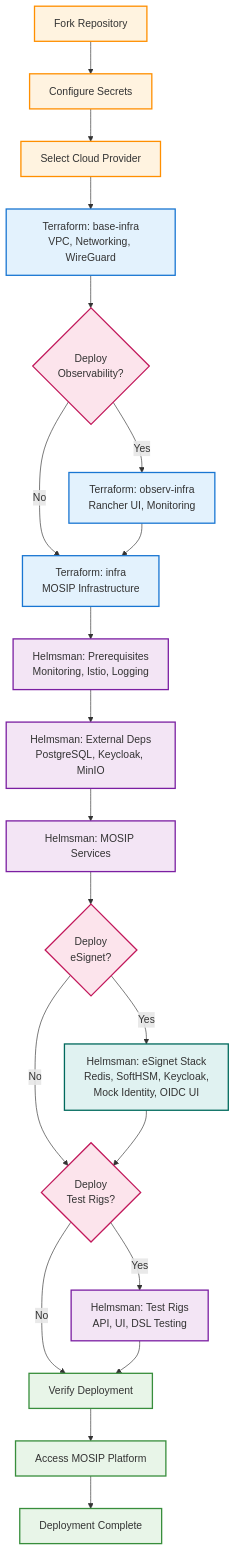
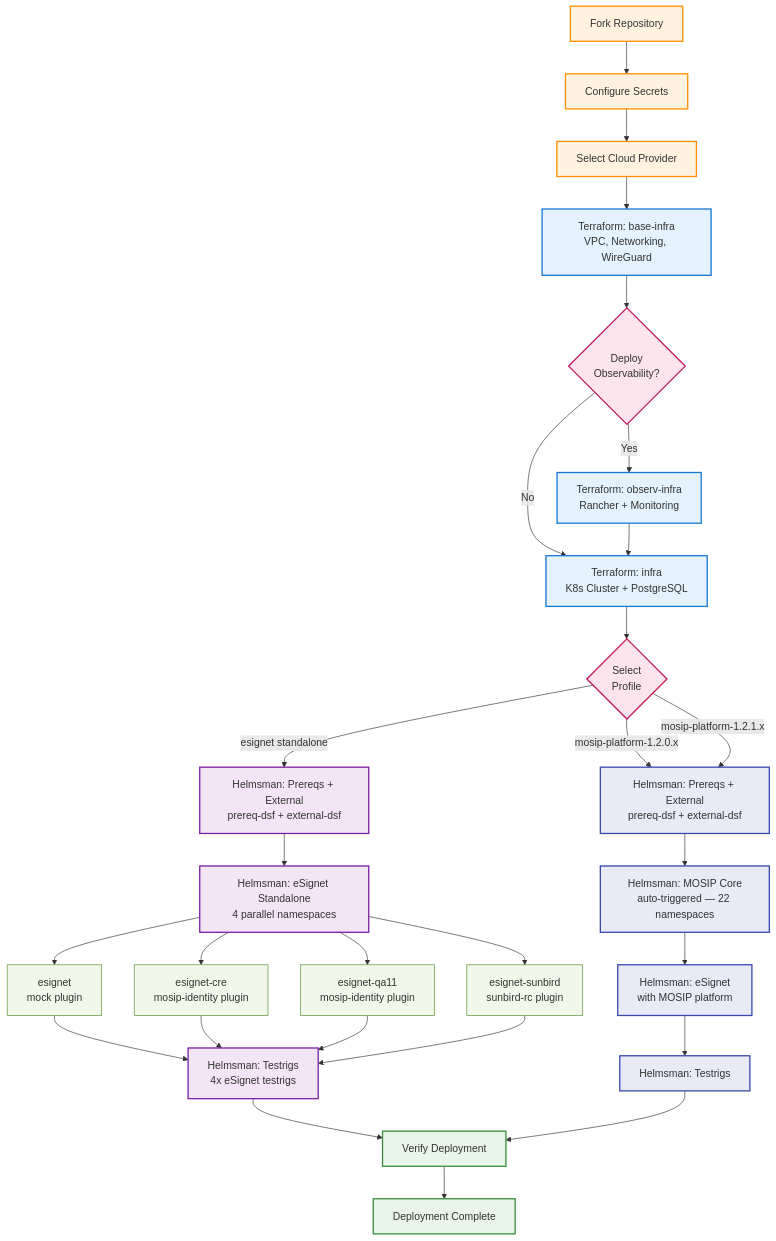
One commit to mosip/infra changed the diagram in README.md. Above: the diagram before and after it, drawn with Mermaid.

Commit message:
docs: update Complete Deployment Flow diagram with profile-based and eSignet standalone flows
- Add profile selection node after infra (esignet standalone, mosip-platform-1.2.0.x, mosip-platform-1.2.1.x)
- Add eSignet standalone flow showing 4 parallel namespaces (mock, mosip-identity CRE/QA11, sunbird-rc)
- Add MOSIP platform flow with auto-triggered MOSIP core and eSignet steps
- Distinct color coding for eSignet standalone namespaces vs MOSIP platform steps

````diff
--- a/README.md
+++ b/README.md
@@ -28,46 +28,60 @@
 ```mermaid
 graph TB
- %% Prerequisites
- A[Fork Repository] --> B[Configure Secrets]
- B --> C[Select Cloud Provider]
- 
- %% Infrastructure Phase
- C --> D[Terraform: base-infra<br/>VPC, Networking, WireGuard]
- D --> E{Deploy<br/>Observability?}
- E -->|Yes| F[Terraform: observ-infra<br/>Rancher UI, Monitoring]
- E -->|No| G[Terraform: infra<br/>MOSIP Infrastructure]
- F --> G
- 
- %% Helmsman Deployment Phase
- G --> H[Helmsman: Prerequisites<br/>Monitoring, Istio, Logging]
- H --> I[Helmsman: External Deps<br/>PostgreSQL, Keycloak, MinIO]
- 
- %% MOSIP Services
- I --> J[Helmsman: MOSIP Services]
- J --> J1{Deploy<br/>eSignet?}
- J1 -->|Yes| J2[Helmsman: eSignet Stack<br/>Redis, SoftHSM, Keycloak,<br/>Mock Identity, OIDC UI]
- J1 -->|No| K{Deploy<br/>Test Rigs?}
- J2 --> K
- K -->|Yes| L[Helmsman: Test Rigs<br/>API, UI, DSL Testing]
- K -->|No| M[Verify Deployment]
- L --> M
- 
- %% Final Verification
- M --> N[Access MOSIP Platform]
- N --> O[Deployment Complete]
- 
- %% Styling
- classDef prereq fill:#fff3e0,stroke:#ff8f00,stroke-width:2px
- classDef terraform fill:#e3f2fd,stroke:#1976d2,stroke-width:2px
- classDef helmsman fill:#f3e5f5,stroke:#7b1fa2,stroke-width:2px
- classDef esignet fill:#e0f2f1,stroke:#00695c,stroke-width:2px
- classDef success fill:#e8f5e8,stroke:#388e3c,stroke-width:2px
- classDef decision fill:#fce4ec,stroke:#c2185b,stroke-width:2px
- 
- class A,B,C prereq
- class D,F,G terraform
- class H,I,J,L helmsman
- class J2 esignet
- class M,N,O success
- class E,K,J1 decision
+    %% Prerequisites
+    A[Fork Repository] --> B[Configure Secrets]
+    B --> C[Select Cloud Provider]
+
+    %% Infrastructure Phase
+    C --> D[Terraform: base-infra<br/>VPC, Networking, WireGuard]
+    D --> E{Deploy<br/>Observability?}
+    E -->|Yes| F[Terraform: observ-infra<br/>Rancher + Monitoring]
+    E -->|No| G[Terraform: infra<br/>K8s Cluster + PostgreSQL]
+    F --> G
+
+    %% Profile Selection
+    G --> PS{Select<br/>Profile}
+
+    %% ── eSignet Standalone Flow ──────────────────────────────
+    PS -->|esignet standalone| ES_EXT[Helmsman: Prereqs + External<br/>prereq-dsf + external-dsf]
+    ES_EXT --> ES_ESIGNET[Helmsman: eSignet Standalone<br/>4 parallel namespaces]
+
+    ES_ESIGNET --> NS1[esignet<br/>mock plugin]
+    ES_ESIGNET --> NS2[esignet-cre<br/>mosip-identity plugin]
+    ES_ESIGNET --> NS3[esignet-qa11<br/>mosip-identity plugin]
+    ES_ESIGNET --> NS4[esignet-sunbird<br/>sunbird-rc plugin]
+
+    NS1 --> ES_TRIGS[Helmsman: Testrigs<br/>4x eSignet testrigs]
+    NS2 --> ES_TRIGS
+    NS3 --> ES_TRIGS
+    NS4 --> ES_TRIGS
+
+    %% ── MOSIP Platform Flow ──────────────────────────────────
+    PS -->|mosip-platform-1.2.0.x| MP_EXT[Helmsman: Prereqs + External<br/>prereq-dsf + external-dsf]
+    PS -->|mosip-platform-1.2.1.x| MP_EXT
+
+    MP_EXT --> MP_MOSIP[Helmsman: MOSIP Core<br/>auto-triggered — 22 namespaces]
+    MP_MOSIP --> MP_ESIGNET[Helmsman: eSignet<br/>with MOSIP platform]
+    MP_ESIGNET --> MP_TRIGS[Helmsman: Testrigs]
+
+    %% Final Verification
+    ES_TRIGS --> V[Verify Deployment]
+    MP_TRIGS --> V
+    V --> DONE[Deployment Complete]
+
+    %% Styling
+    classDef prereq fill:#fff3e0,stroke:#ff8f00,stroke-width:2px
+    classDef terraform fill:#e3f2fd,stroke:#1976d2,stroke-width:2px
+    classDef helmsman fill:#f3e5f5,stroke:#7b1fa2,stroke-width:2px
+    classDef mosip fill:#e8eaf6,stroke:#3949ab,stroke-width:2px
+    classDef ns fill:#f1f8e9,stroke:#558b2f,stroke-width:1px
+    classDef success fill:#e8f5e8,stroke:#388e3c,stroke-width:2px
+    classDef decision fill:#fce4ec,stroke:#c2185b,stroke-width:2px
+
+    class A,B,C prereq
+    class D,F,G terraform
+    class ES_EXT,ES_ESIGNET,ES_SIGNUP,ES_TRIGS helmsman
+    class MP_EXT,MP_MOSIP,MP_ESIGNET,MP_TRIGS mosip
+    class NS1,NS2,NS3,NS4 ns
+    class V,DONE success
+    class E,PS decision
 ```
````
